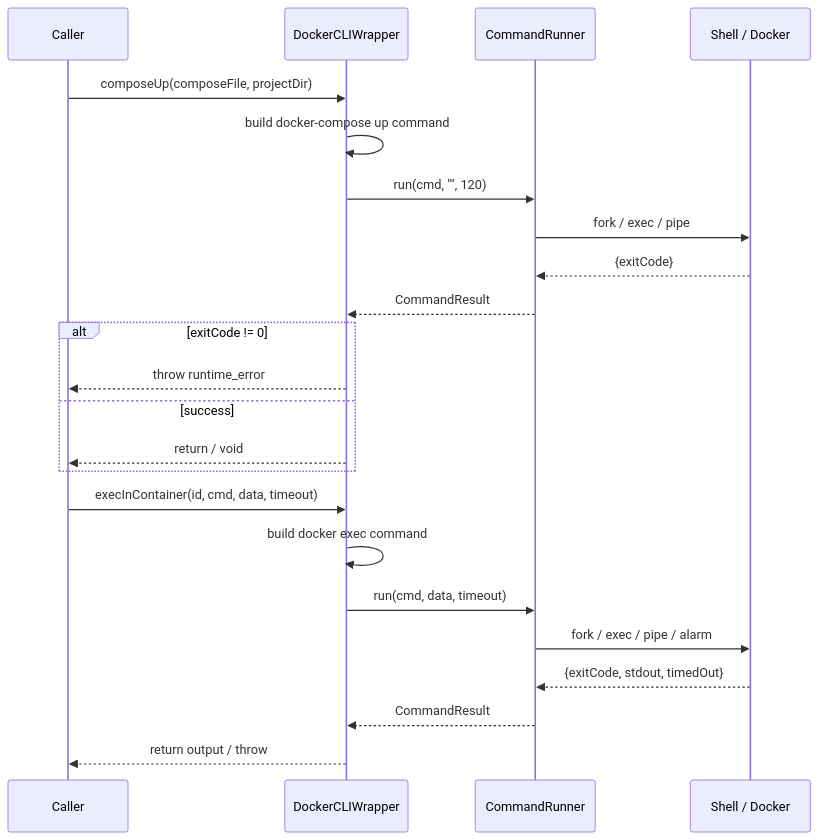
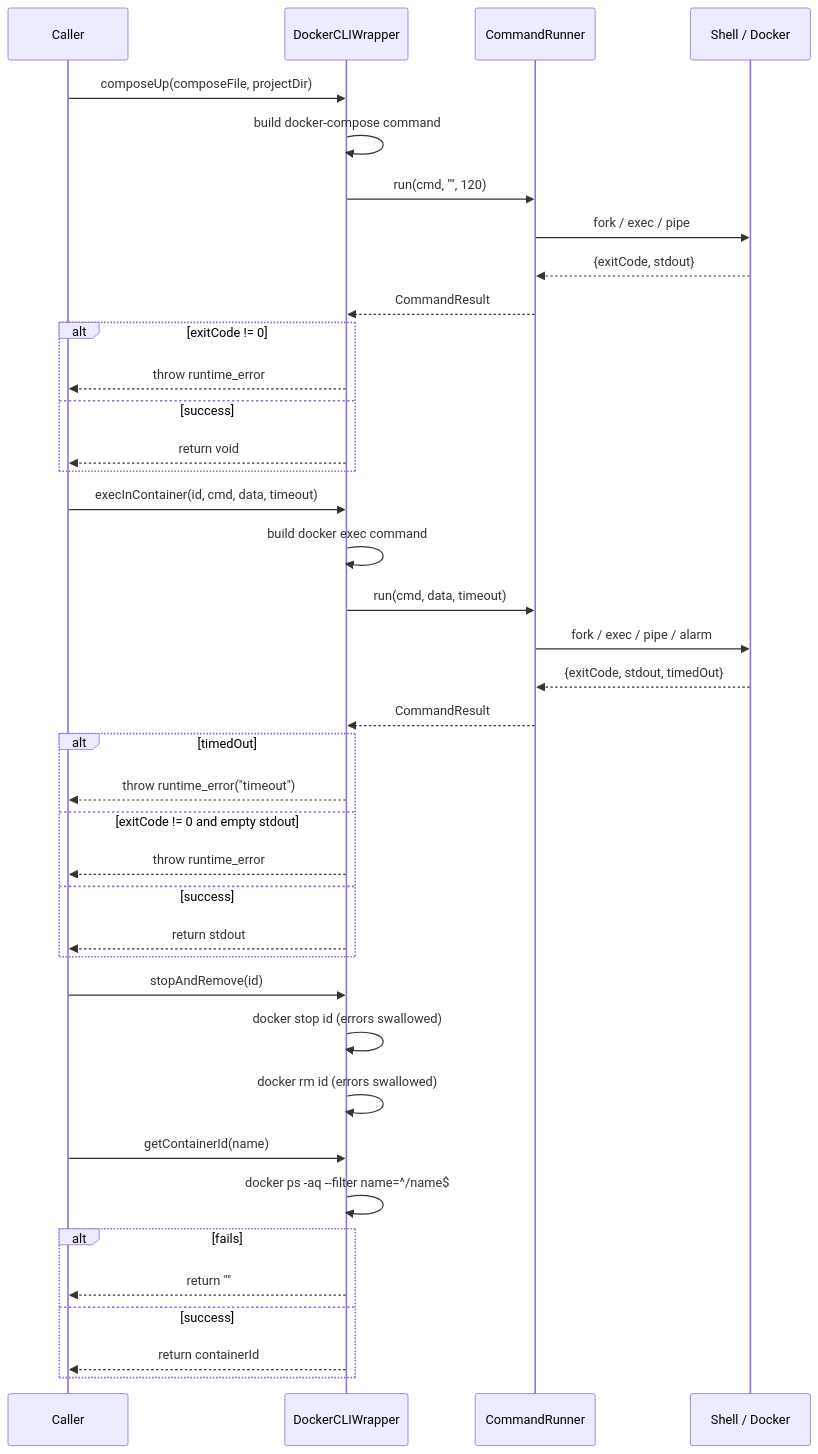
The second of 2 diagrams in src/docker/docker_cli_wrapper.spec.md (opensassi/a0), drawn with Mermaid before and after one commit. The commit also changed other lines of this file and 165 other files, not shown here.

````diff
--- a/src/docker/docker_cli_wrapper.spec.md
+++ b/src/docker/docker_cli_wrapper.spec.md
@@ -103,27 +142,45 @@
 ```mermaid
 sequenceDiagram
     participant Caller
     participant DCW as DockerCLIWrapper
     participant CR as CommandRunner
     participant OS as Shell / Docker
 
     Caller->>DCW: composeUp(composeFile, projectDir)
-    DCW->>DCW: build docker-compose up command
+    DCW->>DCW: build docker-compose command
     DCW->>CR: run(cmd, "", 120)
     CR->>OS: fork / exec / pipe
-    OS-->>CR: {exitCode}
+    OS-->>CR: {exitCode, stdout}
     CR-->>DCW: CommandResult
     alt exitCode != 0
         DCW-->>Caller: throw runtime_error
     else success
-        DCW-->>Caller: return / void
+        DCW-->>Caller: return void
     end
 
     Caller->>DCW: execInContainer(id, cmd, data, timeout)
     DCW->>DCW: build docker exec command
     DCW->>CR: run(cmd, data, timeout)
     CR->>OS: fork / exec / pipe / alarm
     OS-->>CR: {exitCode, stdout, timedOut}
     CR-->>DCW: CommandResult
-    DCW-->>Caller: return output / throw
+    alt timedOut
+        DCW-->>Caller: throw runtime_error("timeout")
+    else exitCode != 0 and empty stdout
+        DCW-->>Caller: throw runtime_error
+    else success
+        DCW-->>Caller: return stdout
+    end
+
+    Caller->>DCW: stopAndRemove(id)
+    DCW->>DCW: docker stop id (errors swallowed)
+    DCW->>DCW: docker rm id (errors swallowed)
+
+    Caller->>DCW: getContainerId(name)
+    DCW->>DCW: docker ps -aq --filter name=^/name$
+    alt fails
+        DCW-->>Caller: return ""
+    else success
+        DCW-->>Caller: return containerId
+    end
 ```
````
